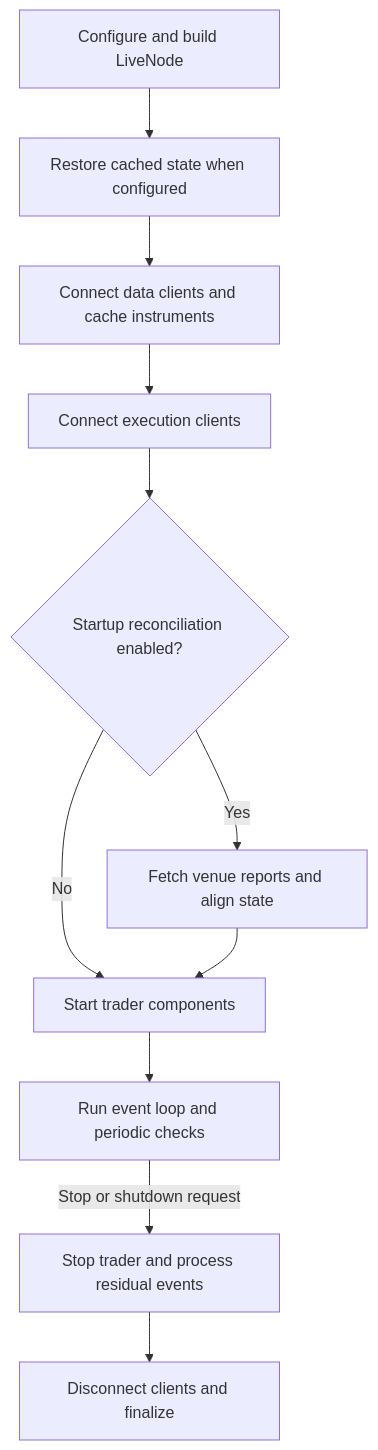
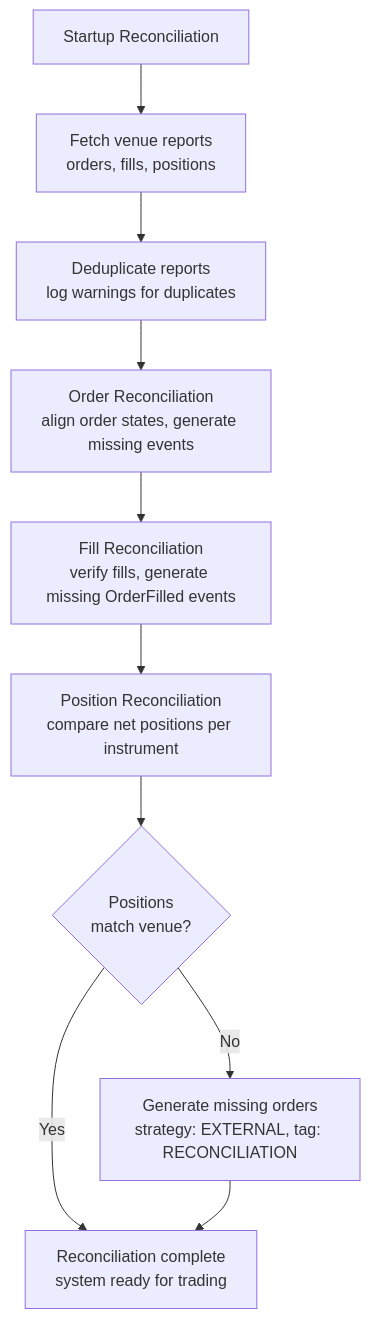
The diagram in docs/concepts/live.md (sbOogway/nautilus_trader), drawn with Mermaid before and after one commit. The commit also changed other lines of this file and 3160 other files, not shown here.

````diff
--- a/docs/concepts/live.md
+++ b/docs/concepts/live.md
@@ -18,13 +153,12 @@
 ```mermaid
 flowchart TD
-    Build[Configure and build LiveNode] --> Cache[Restore cached state when configured]
-    Cache --> Data[Connect data clients and cache instruments]
-    Data --> Exec[Connect execution clients]
-    Exec --> Recon{Startup reconciliation enabled?}
-    Recon -->|Yes| Align[Fetch venue reports and align state]
-    Recon -->|No| Trader[Start trader components]
-    Align --> Trader
-    Trader --> Run[Run event loop and periodic checks]
-    Run -->|Stop or shutdown request| Stop[Stop trader and process residual events]
-    Stop --> Final[Disconnect clients and finalize]
+    Start[Startup Reconciliation] --> Fetch[Fetch venue reports<br/>orders, fills, positions]
+    Fetch --> Dedup[Deduplicate reports<br/>log warnings for duplicates]
+    Dedup --> Orders[Order Reconciliation<br/>align order states, generate missing events]
+    Orders --> Fills[Fill Reconciliation<br/>verify fills, generate missing OrderFilled events]
+    Fills --> Pos[Position Reconciliation<br/>compare net positions per instrument]
+    Pos --> Match{Positions<br/>match venue?}
+    Match -->|Yes| Done[Reconciliation complete<br/>system ready for trading]
+    Match -->|No| Gen[Generate missing orders<br/>strategy: EXTERNAL, tag: RECONCILIATION]
+    Gen --> Done
 ```
````
